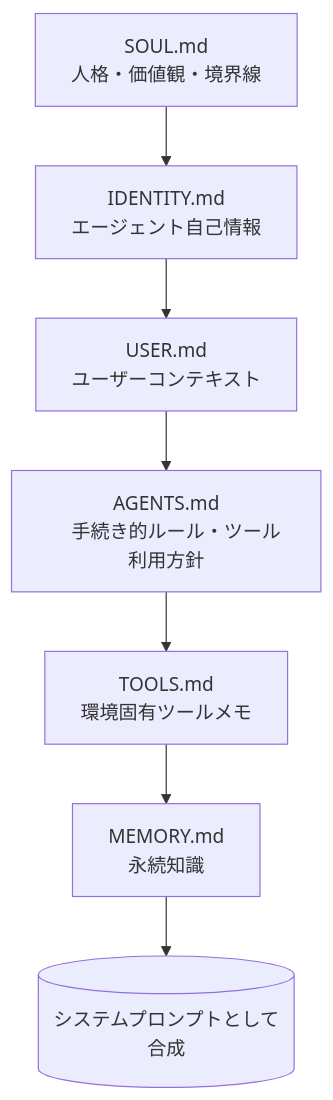
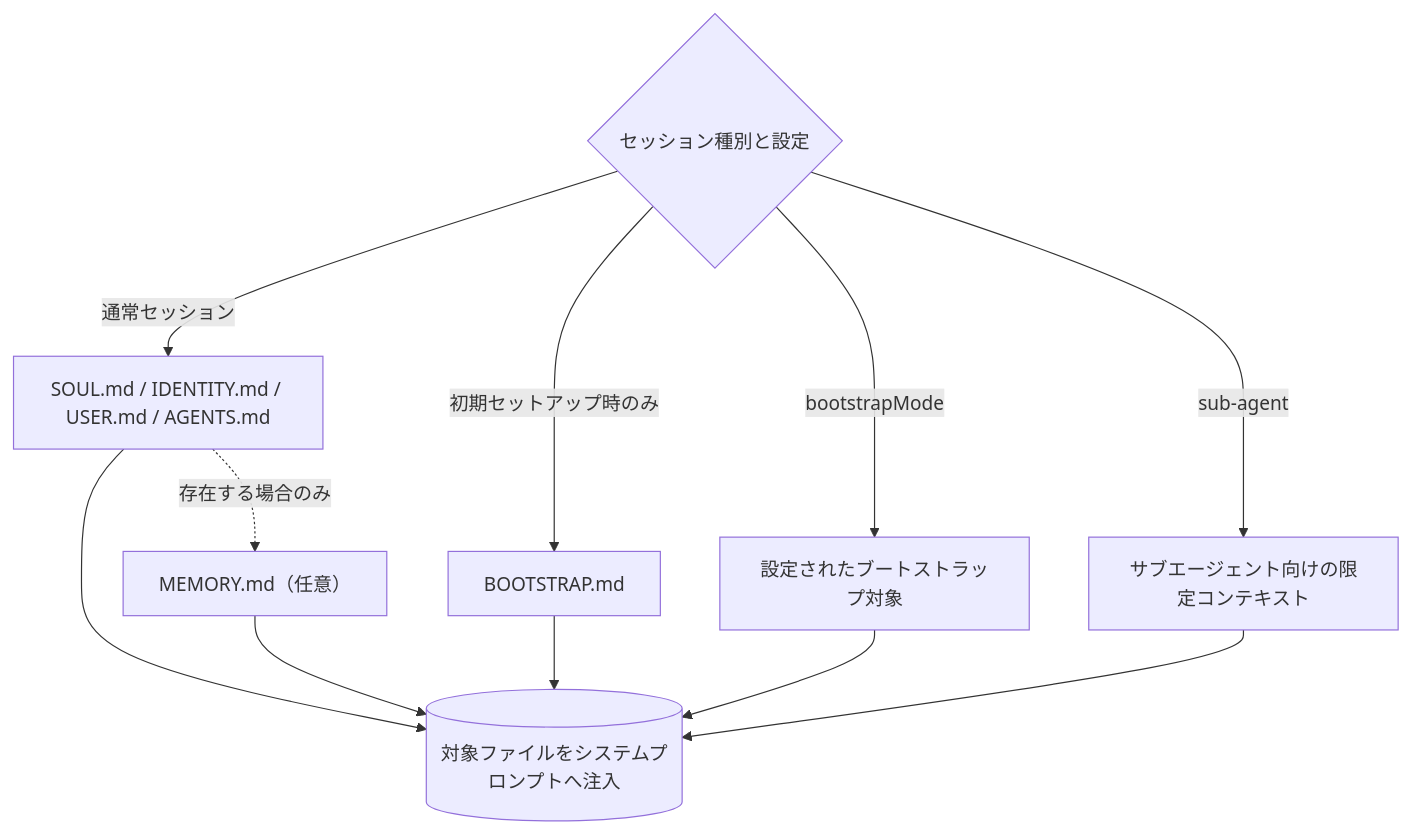
One commit to myoshi2891/Comparison-of-LLMs changed the third of 7 diagrams in archive/md/agent/Openclaw-agent-best-practices.md. Above: the diagram before and after it, drawn with Mermaid. The commit also changed other lines of this file, not shown here.

Commit message:
docs(openclaw): correct bootstrap and security guidance

````diff
--- a/archive/md/agent/Openclaw-agent-best-practices.md
+++ b/archive/md/agent/Openclaw-agent-best-practices.md
@@ -107,15 +107,14 @@
 ```mermaid
 flowchart TB
-    SOUL["SOUL.md
-    人格・価値観・境界線"] --> IDENT["IDENTITY.md
-    エージェント自己情報"]
-    IDENT --> USERMD["USER.md
-    ユーザーコンテキスト"]
-    USERMD --> AGENTSMD["AGENTS.md
-    手続き的ルール・ツール利用方針"]
-    AGENTSMD --> TOOLSMD["TOOLS.md
-    環境固有ツールメモ"]
-    TOOLSMD --> MEM["MEMORY.md
-    永続知識"]
-    MEM --> SYS[("システムプロンプトとして合成")]
+    MODE{"セッション種別と設定"}
+    MODE -->|"初期セットアップ時のみ"| BOOT["BOOTSTRAP.md"]
+    MODE -->|"通常セッション"| MAIN["SOUL.md / IDENTITY.md / USER.md / AGENTS.md"]
+    MAIN -.->|"存在する場合のみ"| MEM["MEMORY.md（任意）"]
+    MODE -->|"bootstrapMode"| BOOTMODE["設定されたブートストラップ対象"]
+    MODE -->|"sub-agent"| SUB["サブエージェント向けの限定コンテキスト"]
+    MAIN --> SYS[("対象ファイルをシステムプロンプトへ注入")]
+    MEM --> SYS
+    BOOT --> SYS
+    BOOTMODE --> SYS
+    SUB --> SYS
 ```
````
